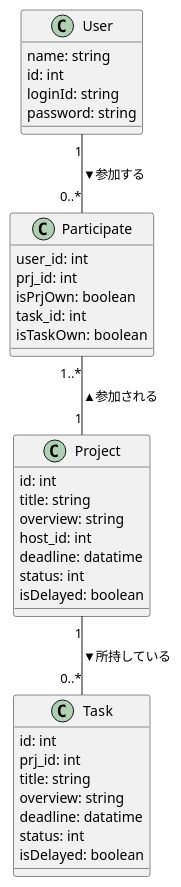
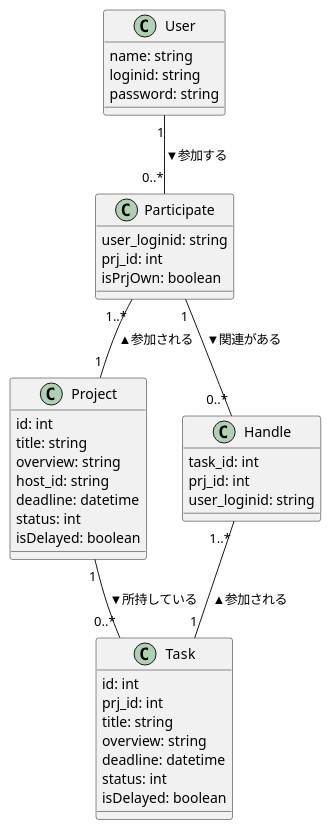
Before and after one commit to sato064/sw2020g1: the diagram in classdia.pu, drawn with PlantUML. The commit also changed 2 other files, not shown here.

```diff
--- a/classdia.pu
+++ b/classdia.pu
@@ -1,47 +1,51 @@
 @startuml
 
 
 class User{
     name: string
-    id: int
-    loginId: string
+    loginid: string
     password: string
     }
 
 class Project{
     id: int
     title: string
     overview: string
-    host_id: int
-    deadline: datatime
+    host_id: string
+    deadline: datetime
     status: int
     isDelayed: boolean
 }
 
 class Task{
     id: int
     prj_id: int
     title: string
     overview: string
-    deadline: datatime
+    deadline: datetime
     status: int
     isDelayed: boolean
 }
 
 class Participate{
-    user_id: int
+    user_loginid: string
     prj_id: int
     isPrjOwn: boolean
+}
+class Handle{
     task_id: int
-    isTaskOwn: boolean
+    prj_id: int
+    user_loginid: string
 }
 
 
 
 
 User "1"--"0..*" Participate :▼参加する
 Participate"1..*"--"1" Project :▲参加される
+Participate"1"--"0..*" Handle :▼関連がある
+Handle"1..*"--"1" Task :▲参加される
 Project "1"--"0..*" Task :▼所持している
 
 
 @enduml
```
